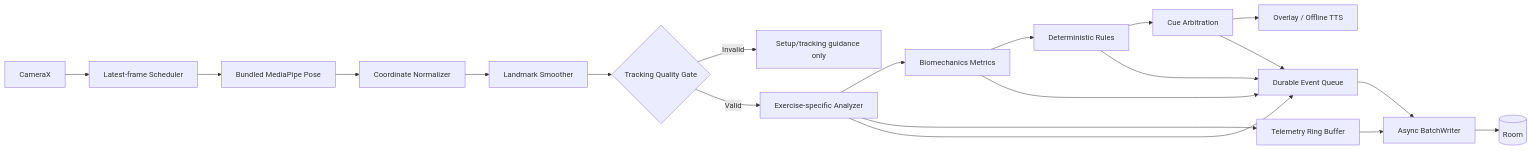
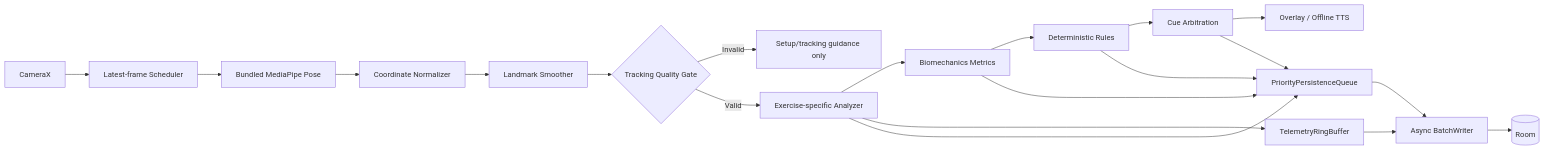
The sixth of 7 diagrams in docs/uml/OVERVIEW.md (lazerta/gym-buddy), drawn with Mermaid before and after one commit. The commit also changed other lines of this file, not shown here.

Commit message:
UML v0.7: sync final review candidate

````diff
--- a/docs/uml/OVERVIEW.md
+++ b/docs/uml/OVERVIEW.md
@@ -330,23 +210,22 @@
 ```mermaid
 flowchart LR
     C[CameraX] --> F[Latest-frame Scheduler]
     F --> P[Bundled MediaPipe Pose]
     P --> N[Coordinate Normalizer]
     N --> S[Landmark Smoother]
     S --> G{Tracking Quality Gate}
     G -- Invalid --> X[Setup/tracking guidance only]
     G -- Valid --> A[Exercise-specific Analyzer]
     A --> M[Biomechanics Metrics]
     M --> R[Deterministic Rules]
     R --> Q[Cue Arbitration]
     Q --> O[Overlay / Offline TTS]
-
-    A --> T[Telemetry Ring Buffer]
-    A --> D[Durable Event Queue]
-    M --> D
-    R --> D
-    Q --> D
-    D --> W[Async BatchWriter]
+    A --> T[TelemetryRingBuffer]
+    A --> PP[PriorityPersistenceQueue]
+    M --> PP
+    R --> PP
+    Q --> PP
+    PP --> W[Async BatchWriter]
     T --> W
     W --> DB[(Room)]
 ```
````
